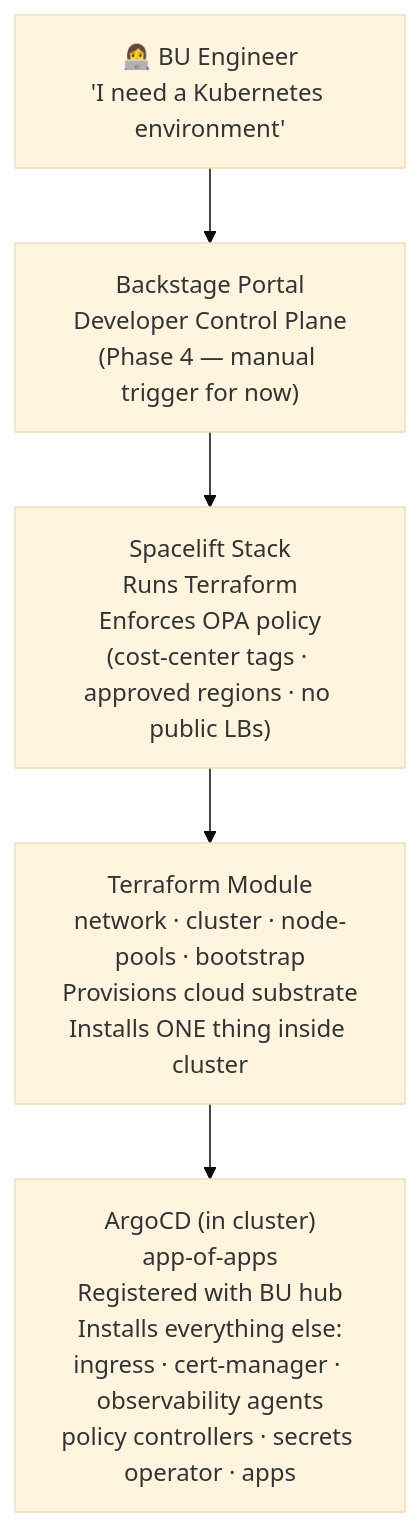
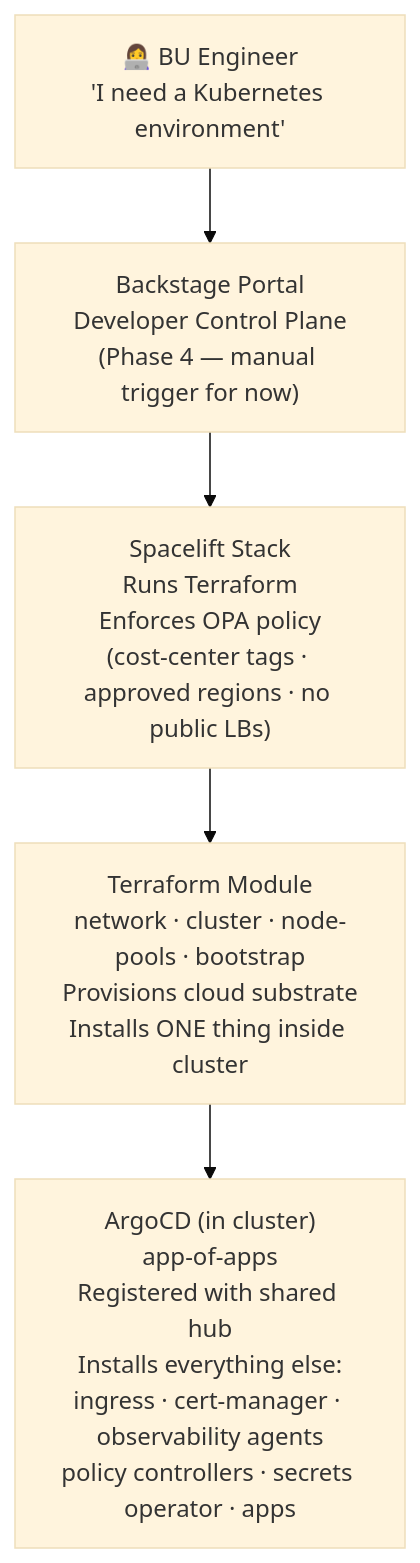
The third of 5 diagrams in .github/README.md (urukube/.github), drawn with Mermaid (base theme) before and after one commit. The commit also changed other lines of this file and 1 other file, not shown here.

First line of the commit message:
docs: correct topology to shared hub + per-BU clusters

````diff
--- a/.github/README.md
+++ b/.github/README.md
@@ -150,14 +151,14 @@
 ```mermaid
 flowchart TD
     DEV["👩‍💻 BU Engineer\n'I need a Kubernetes environment'"]
 
     PORTAL["Backstage Portal\nDeveloper Control Plane\n(Phase 4 — manual trigger for now)"]
 
     SPACELIFT["Spacelift Stack\nRuns Terraform\nEnforces OPA policy\n(cost-center tags · approved regions · no public LBs)"]
 
     TF["Terraform Module\nnetwork · cluster · node-pools · bootstrap\nProvisions cloud substrate\nInstalls ONE thing inside cluster"]
 
-    ARGOCD["ArgoCD (in cluster)\napp-of-apps\nRegistered with BU hub\nInstalls everything else:\ningress · cert-manager · observability agents\npolicy controllers · secrets operator · apps"]
+    ARGOCD["ArgoCD (in cluster)\napp-of-apps\nRegistered with shared hub\nInstalls everything else:\ningress · cert-manager · observability agents\npolicy controllers · secrets operator · apps"]
 
     DEV --> PORTAL --> SPACELIFT --> TF --> ARGOCD
 ```
````
